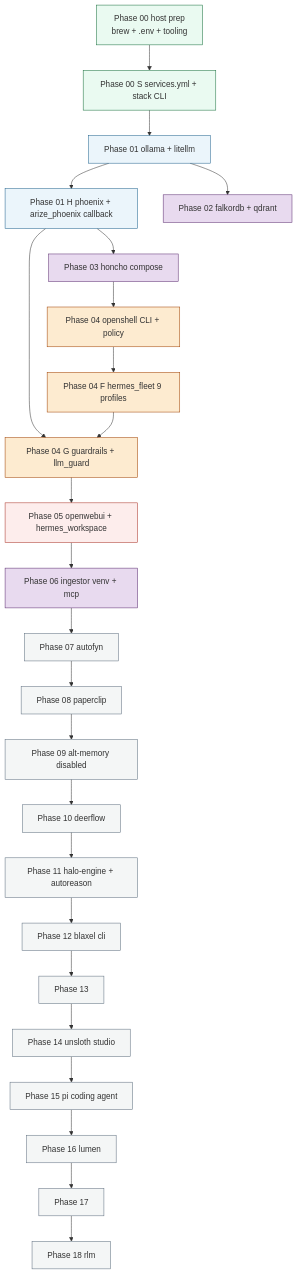
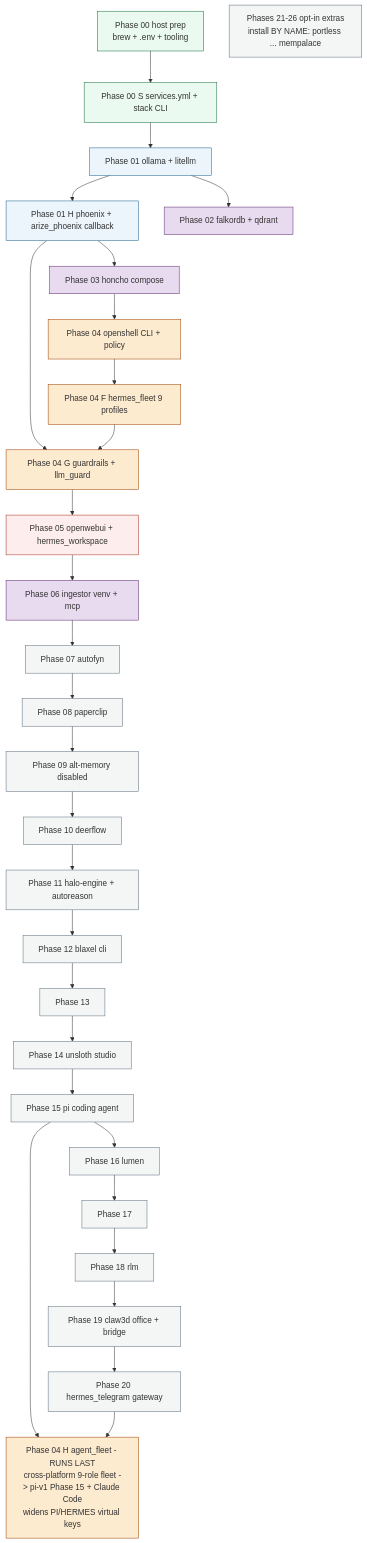
Before and after one commit to mayssamj/versatile-ai-stack: the sixth of 6 diagrams in doc/DEPENDENCIES.md, drawn with Mermaid. The commit also changed other lines of this file and 13 other files, not shown here.

````diff
--- a/doc/DEPENDENCIES.md
+++ b/doc/DEPENDENCIES.md
@@ -365,43 +365,49 @@
 ```mermaid
 graph TD
   classDef host fill:#eafaf1,stroke:#196f3d
   classDef inf fill:#ebf5fb,stroke:#1f618d
   classDef store fill:#e8daef,stroke:#5b2c6f
   classDef sec fill:#fdebd0,stroke:#a04000
   classDef ui fill:#fdedec,stroke:#a93226
   classDef opt fill:#f4f6f6,stroke:#5d6d7e
 
   p00[Phase 00 host prep<br/>brew + .env + tooling]:::host
   p00s[Phase 00 S services.yml + stack CLI]:::host
   p01[Phase 01 ollama + litellm]:::inf
   p01h[Phase 01 H phoenix + arize_phoenix callback]:::inf
   p02[Phase 02 falkordb + qdrant]:::store
   p03[Phase 03 honcho compose]:::store
   p04[Phase 04 openshell CLI + policy]:::sec
   p04f[Phase 04 F hermes_fleet 9 profiles]:::sec
   p04g[Phase 04 G guardrails + llm_guard]:::sec
   p05[Phase 05 openwebui + hermes_workspace]:::ui
   p06[Phase 06 ingestor venv + mcp]:::store
   p07[Phase 07 autofyn]:::opt
   p08[Phase 08 paperclip]:::opt
   p09[Phase 09 alt-memory disabled]:::opt
   p10[Phase 10 deerflow]:::opt
   p11[Phase 11 halo-engine + autoreason]:::opt
   p12[Phase 12 blaxel cli]:::opt
   p13[Phase 13]:::opt
   p14[Phase 14 unsloth studio]:::opt
   p15[Phase 15 pi coding agent]:::opt
   p16[Phase 16 lumen]:::opt
   p17[Phase 17]:::opt
   p18[Phase 18 rlm]:::opt
+  p19[Phase 19 claw3d office + bridge]:::opt
+  p20[Phase 20 hermes_telegram gateway]:::opt
+  p21_26[Phases 21-26 opt-in extras<br/>install BY NAME: portless ... mempalace]:::opt
+  p04h[Phase 04 H agent_fleet - RUNS LAST<br/>cross-platform 9-role fleet -> pi-v1 Phase 15 + Claude Code<br/>widens PI/HERMES virtual keys]:::sec
 
   p00 --> p00s --> p01 --> p01h
   p01 --> p02
   p01h --> p03
   p03 --> p04 --> p04f
   p01h --> p04g
   p04f --> p04g
   p04g --> p05
   p05 --> p06
-  p06 --> p07 --> p08 --> p09 --> p10 --> p11 --> p12 --> p13 --> p14 --> p15 --> p16 --> p17 --> p18
+  p06 --> p07 --> p08 --> p09 --> p10 --> p11 --> p12 --> p13 --> p14 --> p15 --> p16 --> p17 --> p18 --> p19 --> p20
+  p15 --> p04h
+  p20 --> p04h
 ```
````
